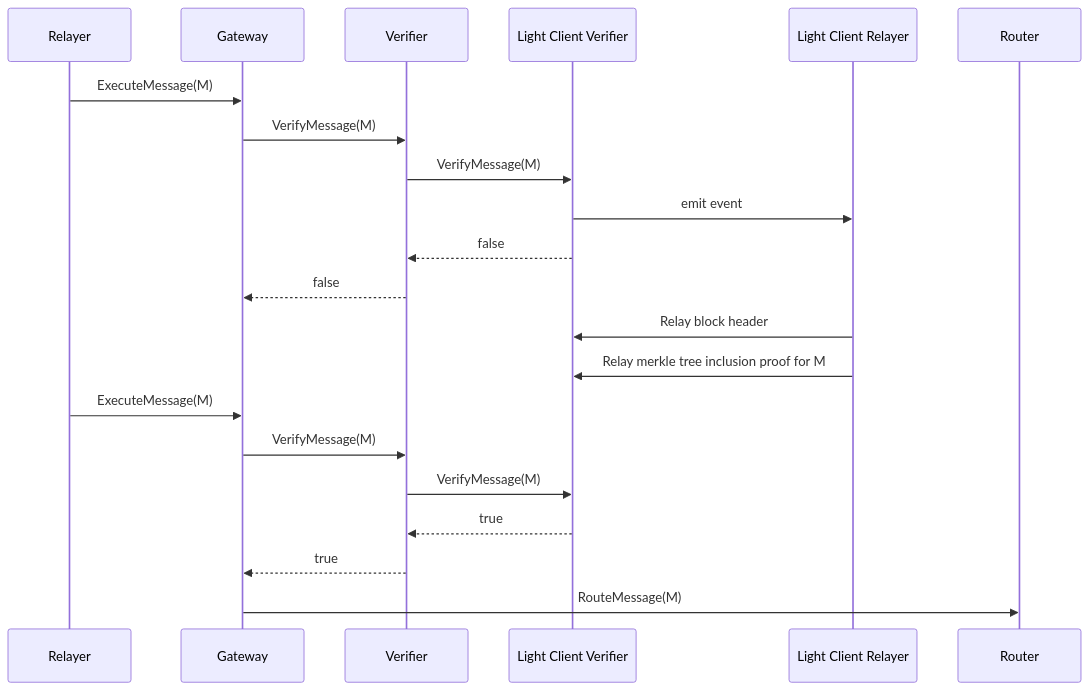
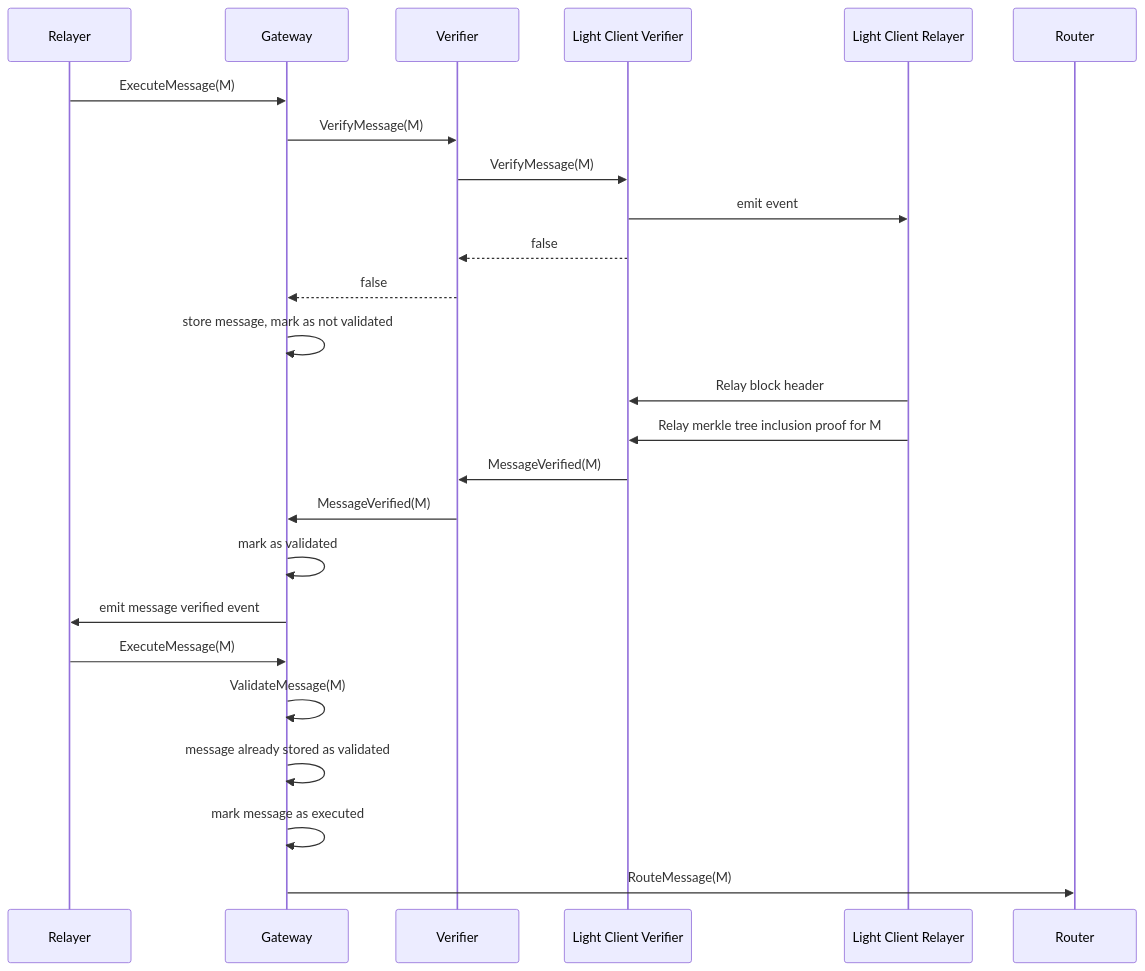
One commit to axelarnetwork/axelar-amplifier changed diagram 11 of 18 in README.md. Above: the diagram before and after it, drawn with Mermaid. The commit also changed other lines of this file, not shown here.

````diff
--- a/README.md
+++ b/README.md
@@ -371,27 +346,32 @@
 ```mermaid
 sequenceDiagram
     participant Relayer
     participant Gateway
     participant Verifier
     participant Light Client Verifier
     participant Light Client Relayer
     participant Router
 
 
     Relayer->>Gateway: ExecuteMessage(M)
     Gateway->>Verifier: VerifyMessage(M)
     Verifier->>Light Client Verifier: VerifyMessage(M)
     Light Client Verifier->>Light Client Relayer: emit event
     Light Client Verifier-->>Verifier: false
     Verifier-->>Gateway: false
+    Gateway->>Gateway: store message, mark as not validated
 
     Light Client Relayer->>Light Client Verifier: Relay block header
     Light Client Relayer->>Light Client Verifier: Relay merkle tree inclusion proof for M
 
+    Light Client Verifier->>Verifier: MessageVerified(M)
+    Verifier->>Gateway: MessageVerified(M)
+    Gateway->>Gateway: mark as validated
+    Gateway->>Relayer: emit message verified event
+
     Relayer->>Gateway: ExecuteMessage(M)
-    Gateway->>Verifier: VerifyMessage(M)
-    Verifier->>Light Client Verifier: VerifyMessage(M)
-    Light Client Verifier-->>Verifier: true
-    Verifier-->>Gateway: true
+    Gateway->>Gateway: ValidateMessage(M)
+    Gateway->>Gateway: message already stored as validated
+    Gateway->>Gateway: mark message as executed
     Gateway->>Router: RouteMessage(M)
 ```
````
